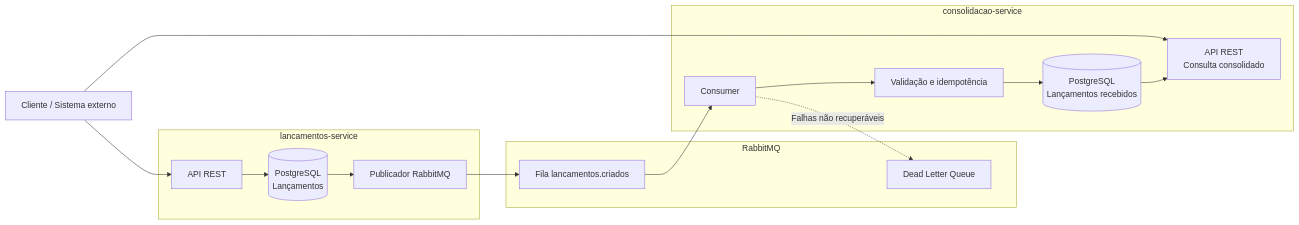
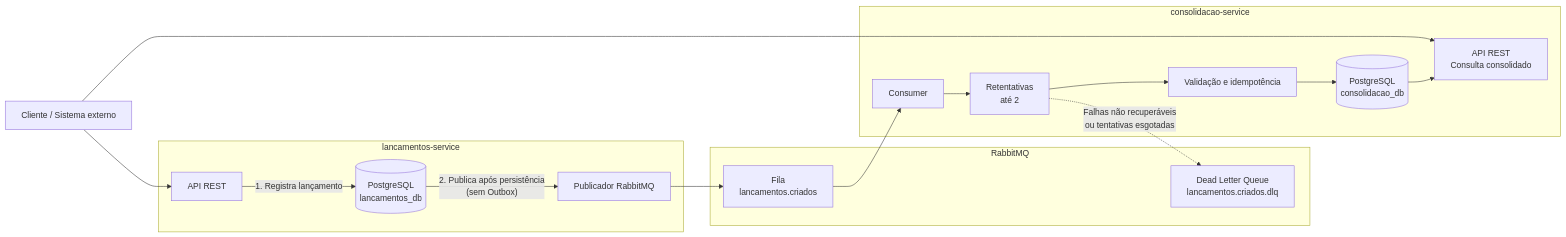
One commit to BrunoBitencourt/desafio-arquiteto-solucoes changed the diagram in docs/arquitetura.mmd. Above: the diagram before and after it, drawn with Mermaid.

Commit message:
docs: atualiza diagrama da arquitetura

```diff
--- a/docs/arquitetura.mmd
+++ b/docs/arquitetura.mmd
@@ -1,32 +1,36 @@
 
 flowchart LR
     CLIENTE["Cliente / Sistema externo"]
 
     subgraph LANC["lancamentos-service"]
         API1["API REST"]
-        DB1[("PostgreSQL<br/>Lançamentos")]
+        DB1[("PostgreSQL<br/>lancamentos_db")]
         PUB["Publicador RabbitMQ"]
-        API1 --> DB1
-        DB1 --> PUB
+
+        API1 -->|"1. Registra lançamento"| DB1
+        DB1 -->|"2. Publica após persistência<br/>(sem Outbox)"| PUB
     end
 
     subgraph MQ["RabbitMQ"]
-        FILA["Fila lancamentos.criados"]
-        DLQ["Dead Letter Queue"]
+        FILA["Fila<br/>lancamentos.criados"]
+        DLQ["Dead Letter Queue<br/>lancamentos.criados.dlq"]
     end
 
     subgraph CONS["consolidacao-service"]
         CONSUMER["Consumer"]
+        RETRY["Retentativas<br/>até 2"]
         VALID["Validação e idempotência"]
-        DB2[("PostgreSQL<br/>Lançamentos recebidos")]
+        DB2[("PostgreSQL<br/>consolidacao_db")]
         API2["API REST<br/>Consulta consolidado"]
-        CONSUMER --> VALID
+
+        CONSUMER --> RETRY
+        RETRY --> VALID
         VALID --> DB2
         DB2 --> API2
     end
 
     CLIENTE --> API1
     PUB --> FILA
     FILA --> CONSUMER
-    CONSUMER -. "Falhas não recuperáveis" .-> DLQ
+    RETRY -.->|"Falhas não recuperáveis<br/>ou tentativas esgotadas"| DLQ
     CLIENTE --> API2
```
